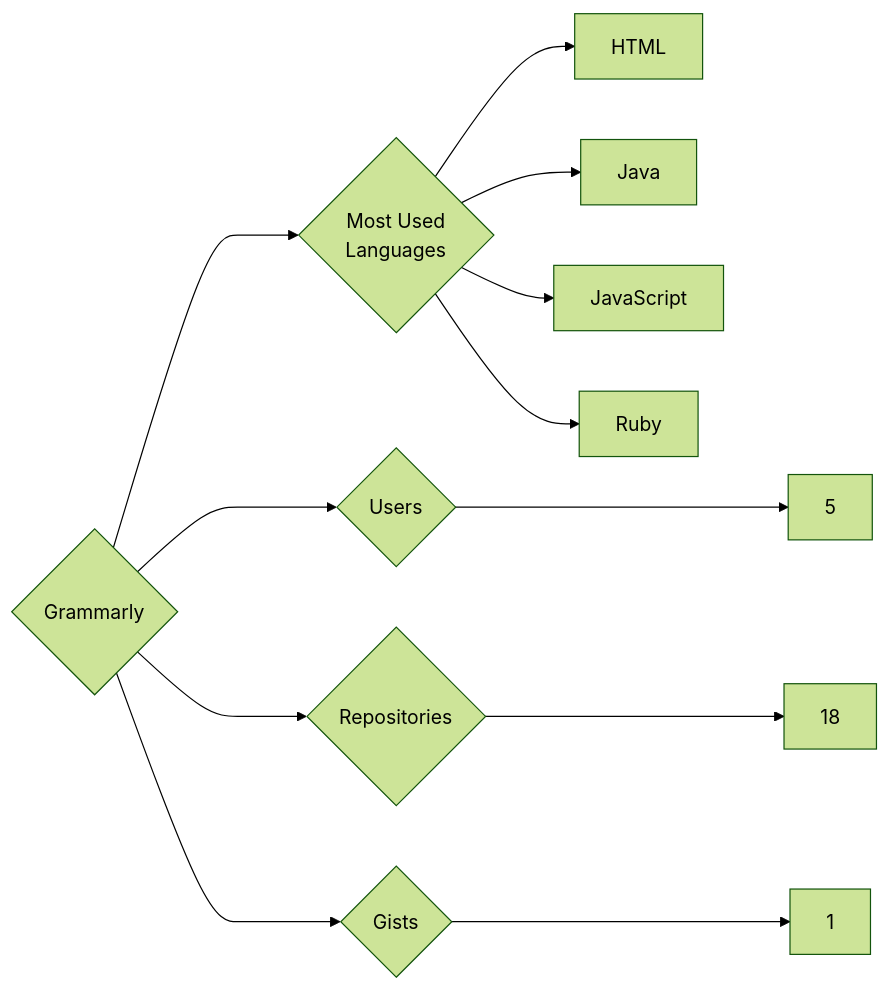
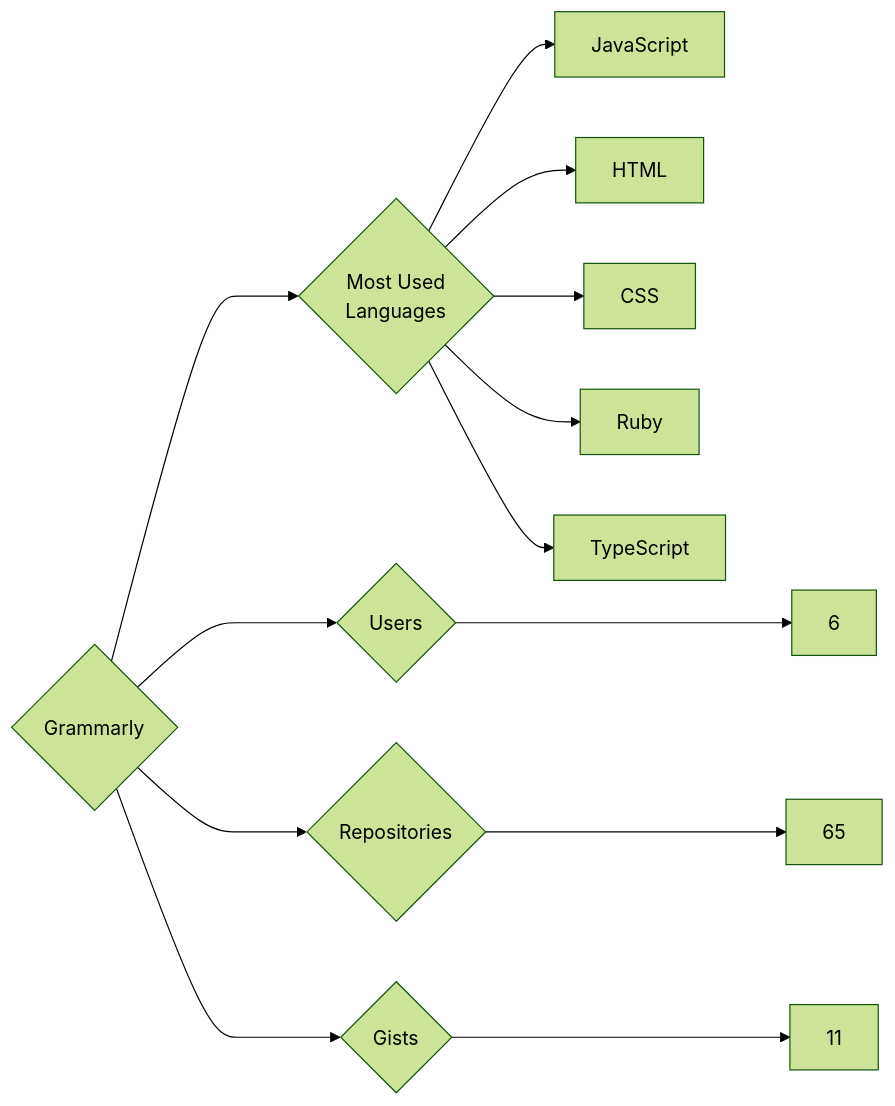
One commit to trickest/insiders changed the diagram in targets/Grammarly/README.md. Above: the diagram before and after it, drawn with Mermaid (forest theme). The commit also changed 1055 other files, not shown here.

````diff
--- a/targets/Grammarly/README.md
+++ b/targets/Grammarly/README.md
@@ -3,12 +3,13 @@
 ```mermaid
 graph LR
 COMPANY_NAME{Grammarly}
-COMPANY_NAME ---> U{Users} ---> UN[5]
-COMPANY_NAME ---> R{Repositories} ---> RN[18]
-COMPANY_NAME ---> G{Gists} ---> GN[1]
+COMPANY_NAME ---> U{Users} ---> UN[6]
+COMPANY_NAME ---> R{Repositories} ---> RN[65]
+COMPANY_NAME ---> G{Gists} ---> GN[11]
 COMPANY_NAME ---> ML{Most Used<br>Languages}
+ML --> JavaScript[JavaScript]
 ML --> HTML[HTML]
-ML --> Java[Java]
-ML --> JavaScript[JavaScript]
+ML --> CSS[CSS]
 ML --> Ruby[Ruby]
+ML --> TypeScript[TypeScript]
 ```
````
